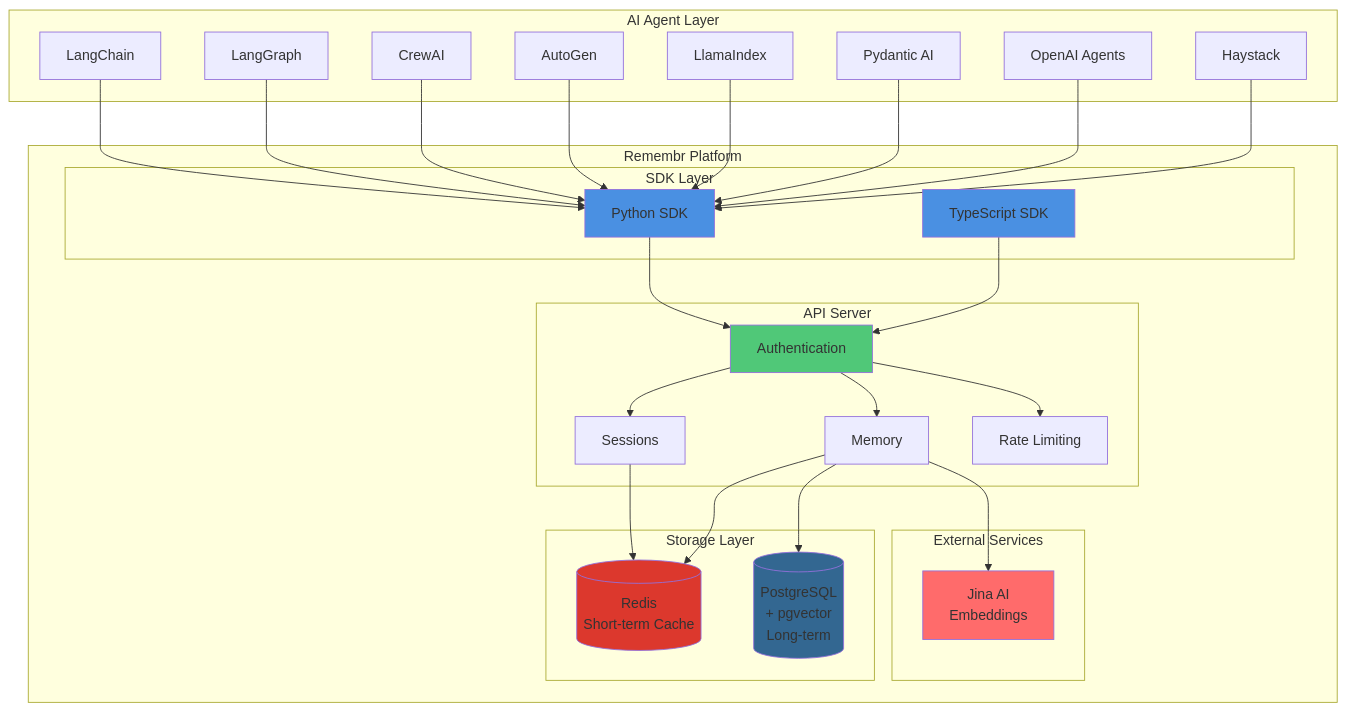
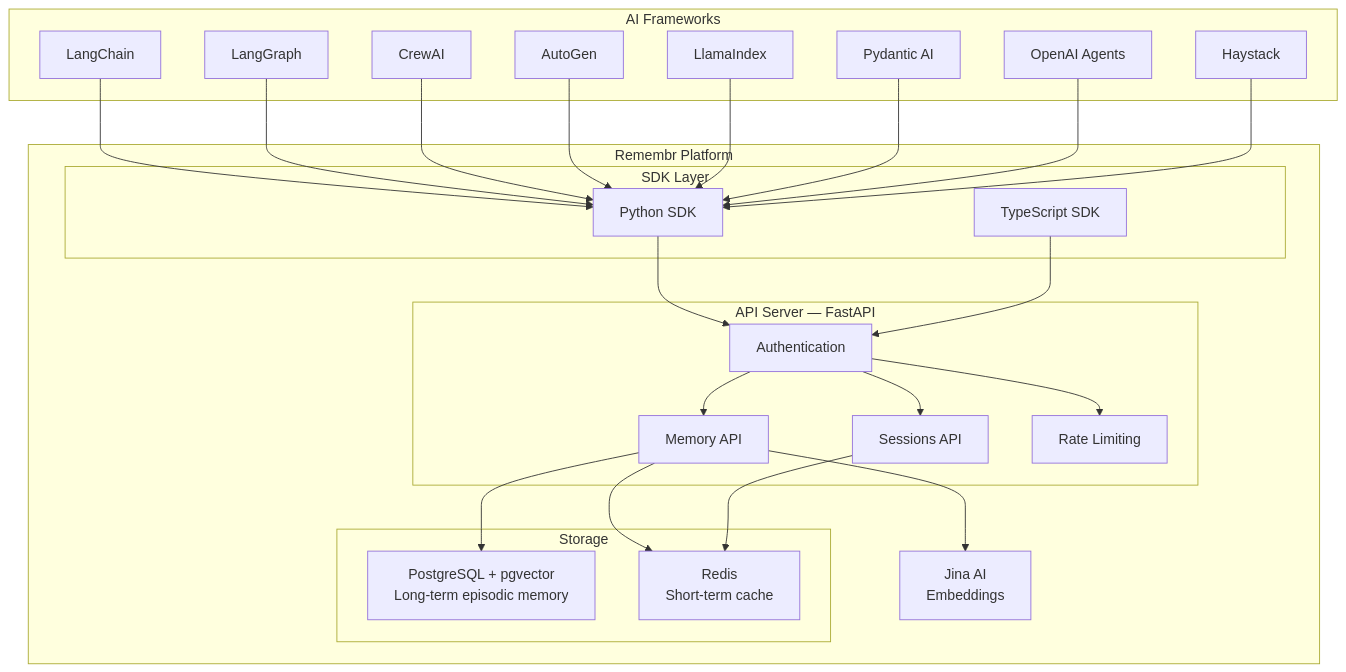
Before and after one commit to emartai/remembr: the diagram in README.md, drawn with Mermaid. The commit also changed other lines of this file and 34 other files, not shown here.

````diff
--- a/README.md
+++ b/README.md
@@ -54,64 +246,56 @@
 ```mermaid
 graph TB
-    subgraph "AI Agent Layer"
+    subgraph "AI Frameworks"
         LC[LangChain]
         LG[LangGraph]
         CA[CrewAI]
         AG[AutoGen]
         LI[LlamaIndex]
         PA[Pydantic AI]
         OA[OpenAI Agents]
         HS[Haystack]
     end
-    
+
     subgraph "Remembr Platform"
         subgraph "SDK Layer"
             PY[Python SDK]
             TS[TypeScript SDK]
         end
-        
-        subgraph "API Server"
+
+        subgraph "API Server — FastAPI"
             AUTH[Authentication]
-            SESS[Sessions]
-            MEM[Memory]
+            MEM[Memory API]
+            SESS[Sessions API]
             RATE[Rate Limiting]
         end
-        
-        subgraph "Storage Layer"
-            REDIS[(Redis<br/>Short-term Cache)]
-            PG[(PostgreSQL<br/>+ pgvector<br/>Long-term)]
+
+        subgraph "Storage"
+            PG["PostgreSQL + pgvector
+            Long-term episodic memory"]
+            REDIS["Redis
+            Short-term cache"]
         end
-        
-        subgraph "External Services"
-            JINA[Jina AI<br/>Embeddings]
-        end
+
+        JINA["Jina AI
+        Embeddings"]
     end
-    
+
     LC --> PY
     LG --> PY
     CA --> PY
     AG --> PY
     LI --> PY
     PA --> PY
     OA --> PY
     HS --> PY
-    
+
     PY --> AUTH
     TS --> AUTH
-    
+    AUTH --> MEM
     AUTH --> SESS
-    AUTH --> MEM
     AUTH --> RATE
-    
+    MEM --> PG
+    MEM --> REDIS
+    MEM --> JINA
     SESS --> REDIS
-    MEM --> REDIS
-    MEM --> PG
-    MEM --> JINA
-    
-    style PY fill:#4A90E2
-    style TS fill:#4A90E2
-    style AUTH fill:#50C878
-    style REDIS fill:#DC382D
-    style PG fill:#336791
-    style JINA fill:#FF6B6B
 ```
````
